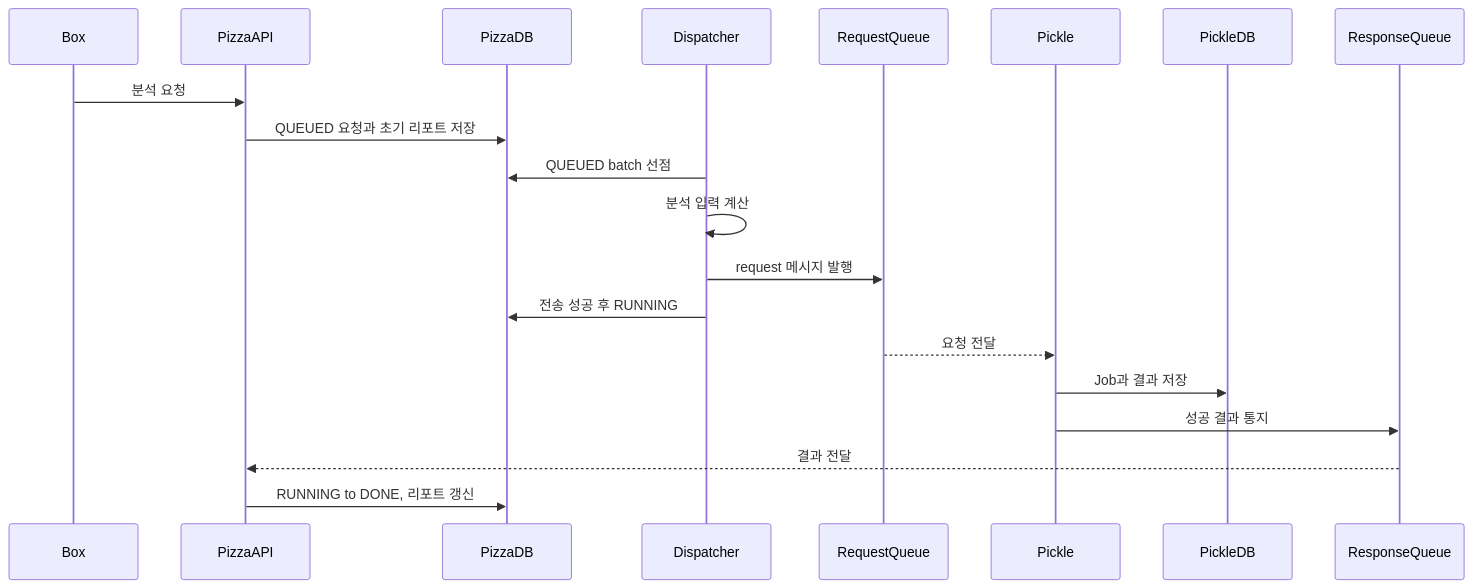
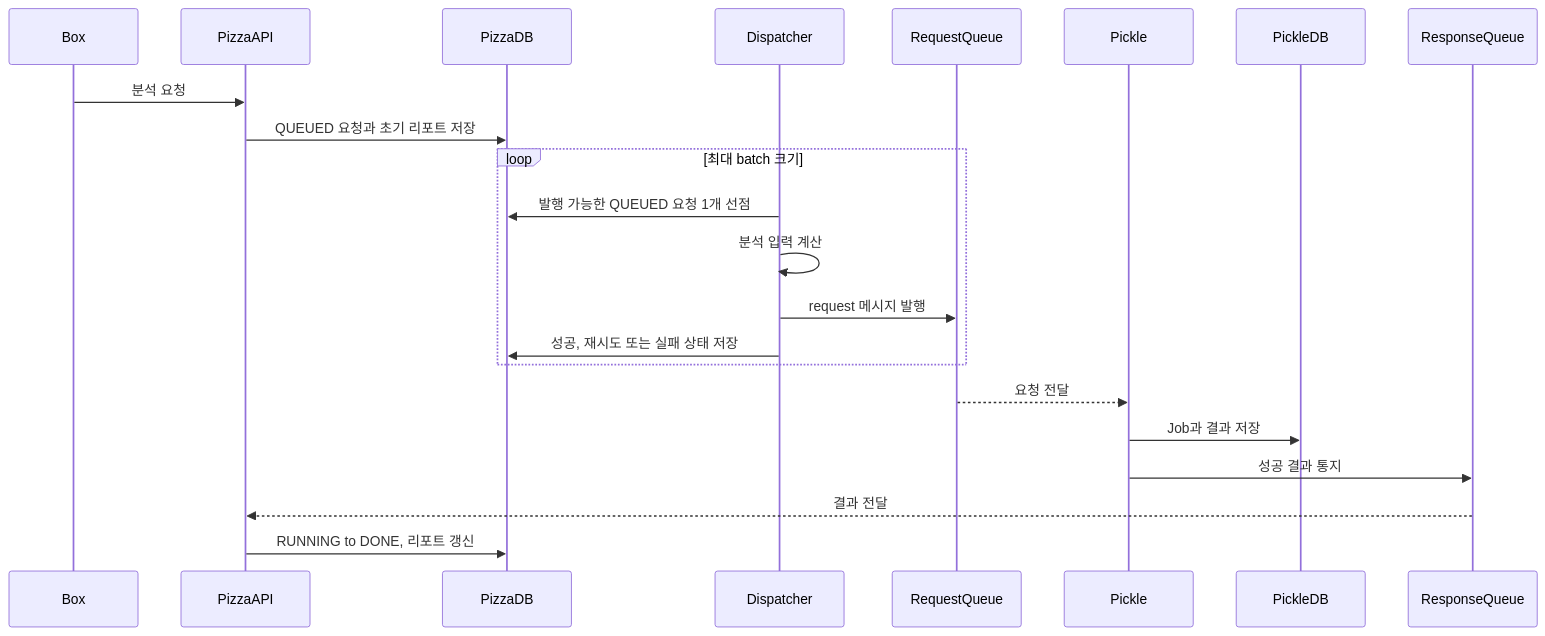
Before and after one commit to dawwson/psycho.pizza: the first of 2 diagrams in docs/analysis-pipeline/README.md, drawn with Mermaid. The commit also changed other lines of this file and 2 other files, not shown here.

````diff
--- a/docs/analysis-pipeline/README.md
+++ b/docs/analysis-pipeline/README.md
@@ -42,23 +43,25 @@
 ```mermaid
 sequenceDiagram
     participant boxClient as Box
     participant PizzaAPI
     participant PizzaDB
     participant Dispatcher
     participant RequestQueue
     participant Pickle
     participant PickleDB
     participant ResponseQueue
 
     boxClient->>PizzaAPI: 분석 요청
     PizzaAPI->>PizzaDB: QUEUED 요청과 초기 리포트 저장
-    Dispatcher->>PizzaDB: QUEUED batch 선점
-    Dispatcher->>Dispatcher: 분석 입력 계산
-    Dispatcher->>RequestQueue: request 메시지 발행
-    Dispatcher->>PizzaDB: 전송 성공 후 RUNNING
+    loop 최대 batch 크기
+        Dispatcher->>PizzaDB: 발행 가능한 QUEUED 요청 1개 선점
+        Dispatcher->>Dispatcher: 분석 입력 계산
+        Dispatcher->>RequestQueue: request 메시지 발행
+        Dispatcher->>PizzaDB: 성공, 재시도 또는 실패 상태 저장
+    end
     RequestQueue-->>Pickle: 요청 전달
     Pickle->>PickleDB: Job과 결과 저장
     Pickle->>ResponseQueue: 성공 결과 통지
     ResponseQueue-->>PizzaAPI: 결과 전달
     PizzaAPI->>PizzaDB: RUNNING to DONE, 리포트 갱신
 ```
````
